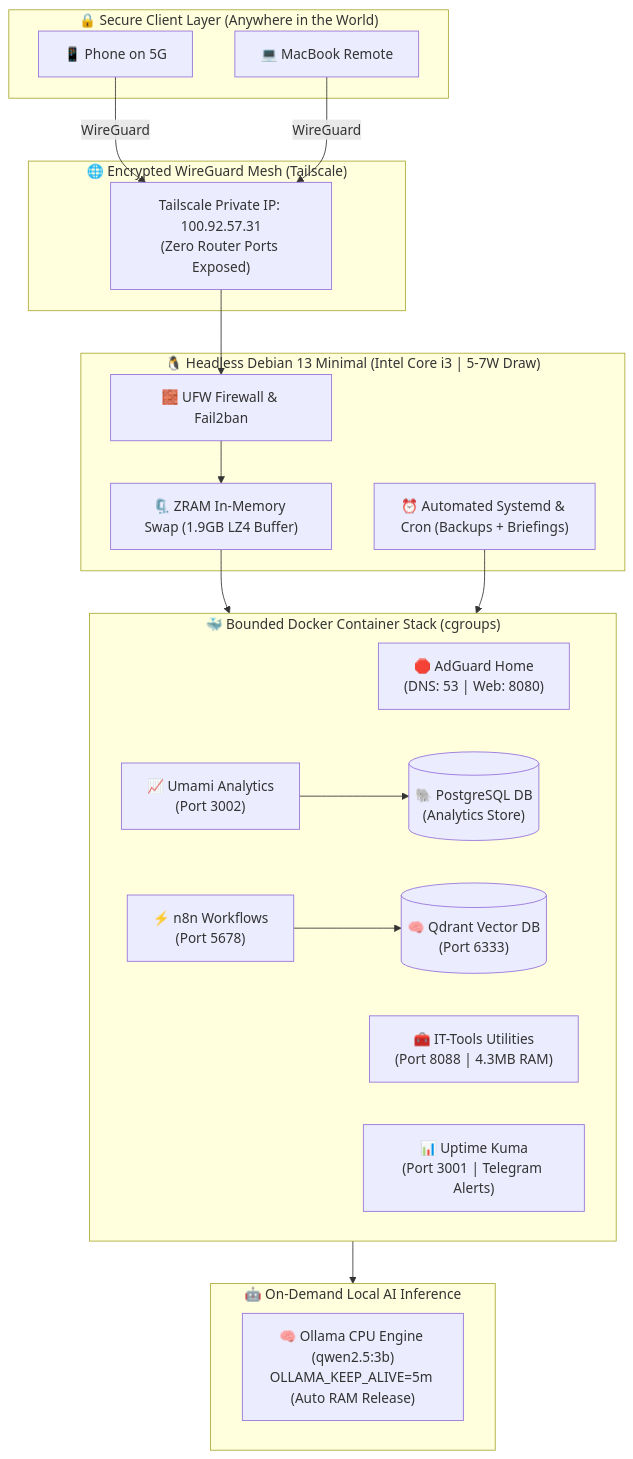
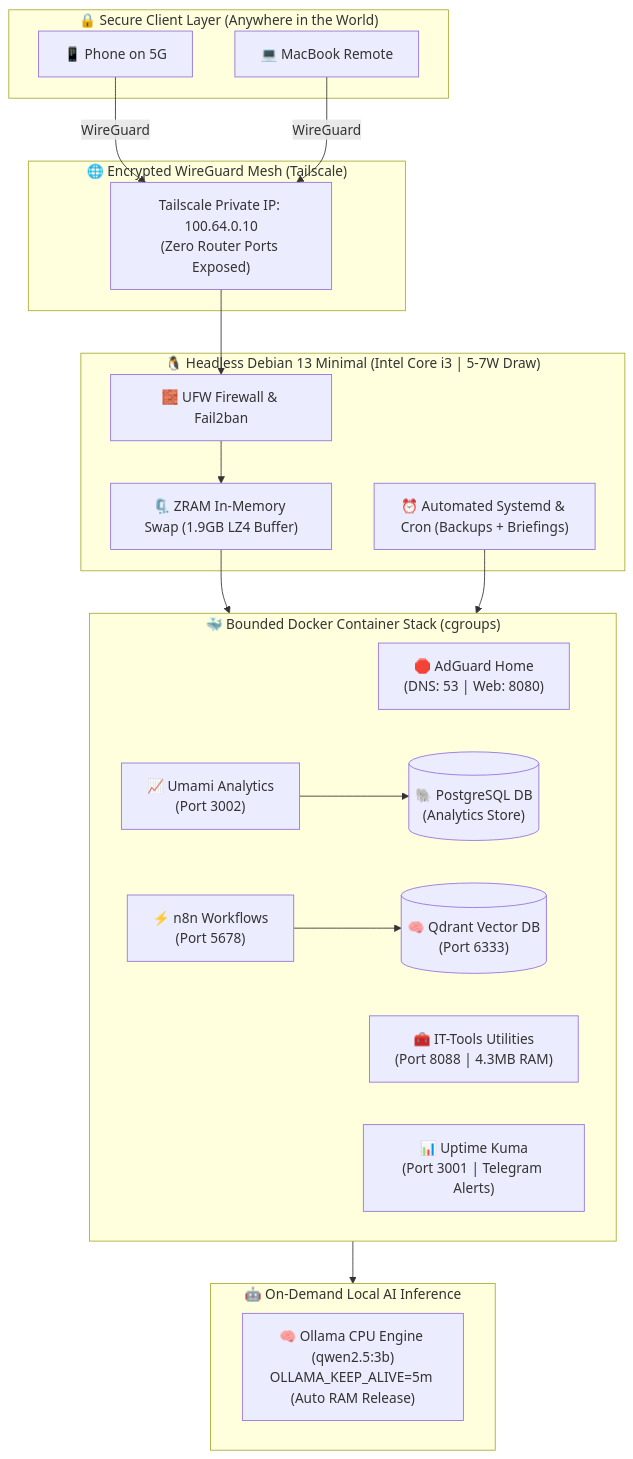
The diagram in _posts/2026-08-08-transforming-an-old-laptop-into-a-silent-linux-ai-server.md (ShahzebMahmood/shahzebmahmood.github.io), drawn with Mermaid before and after one commit. The commit also changed other lines of this file and 1 other file, not shown here.

Commit message:
Sanitize internal IPs and IDs with standard documentation placeholders

````diff
--- a/_posts/2026-08-08-transforming-an-old-laptop-into-a-silent-linux-ai-server.md
+++ b/_posts/2026-08-08-transforming-an-old-laptop-into-a-silent-linux-ai-server.md
@@ -139,41 +139,41 @@
 ```mermaid
 flowchart TD
     subgraph ClientLayer["🔒 Secure Client Layer (Anywhere in the World)"]
         Phone["📱 Phone on 5G"]
         MacBook["💻 MacBook Remote"]
     end
 
     subgraph Mesh["🌐 Encrypted WireGuard Mesh (Tailscale)"]
-        TS["Tailscale Private IP: 100.92.57.31\n(Zero Router Ports Exposed)"]
+        TS["Tailscale Private IP: 100.64.0.10\n(Zero Router Ports Exposed)"]
     end
 
     subgraph HostOS["🐧 Headless Debian 13 Minimal (Intel Core i3 | 5-7W Draw)"]
         UFW["🧱 UFW Firewall & Fail2ban"]
         ZRAM["🗜️ ZRAM In-Memory Swap (1.9GB LZ4 Buffer)"]
         Cron["⏰ Automated Systemd & Cron (Backups + Briefings)"]
     end
 
     subgraph ContainerStack["🐳 Bounded Docker Container Stack (cgroups)"]
         AdGuard["🛑 AdGuard Home\n(DNS: 53 | Web: 8080)"]
         ITTools["🧰 IT-Tools Utilities\n(Port 8088 | 4.3MB RAM)"]
         Umami["📈 Umami Analytics\n(Port 3002)"]
         Postgres[("🐘 PostgreSQL DB\n(Analytics Store)")]
         Qdrant[("🧠 Qdrant Vector DB\n(Port 6333)")]
         N8N["⚡ n8n Workflows\n(Port 5678)"]
         Kuma["📊 Uptime Kuma\n(Port 3001 | Telegram Alerts)"]
     end
 
     subgraph LocalAI["🤖 On-Demand Local AI Inference"]
         Ollama["🧠 Ollama CPU Engine (qwen2.5:3b)\nOLLAMA_KEEP_ALIVE=5m (Auto RAM Release)"]
     end
 
     Phone -->|WireGuard| TS
     MacBook -->|WireGuard| TS
     TS --> UFW
     UFW --> ZRAM
     ZRAM --> ContainerStack
     ContainerStack --> LocalAI
     Umami --> Postgres
     N8N --> Qdrant
     Cron --> ContainerStack
 ```
````
